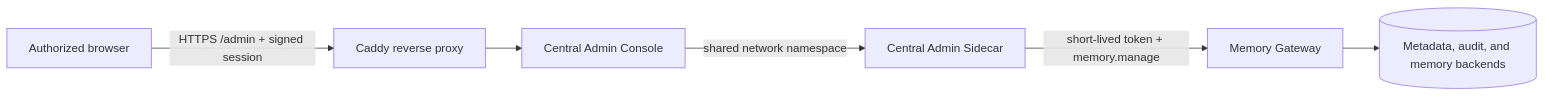
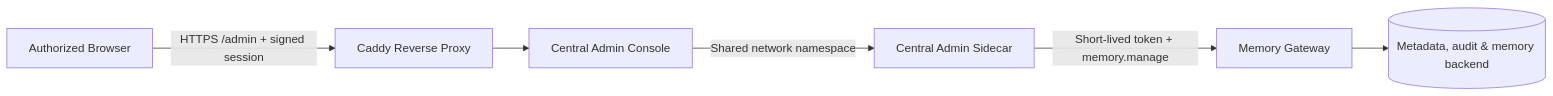
The diagram in docs/en/central-admin.md (Buildlee/agent-memory-gateway), drawn with Mermaid before and after one commit. The commit also changed other lines of this file and 1 other file, not shown here.

````diff
--- a/docs/en/central-admin.md
+++ b/docs/en/central-admin.md
@@ -5,8 +5,8 @@
 ```mermaid
 flowchart LR
-  B["Authorized browser"] -->|"HTTPS /admin + signed session"| P["Caddy reverse proxy"]
+  B["Authorized Browser"] -->|"HTTPS /admin + signed session"| P["Caddy Reverse Proxy"]
   P --> C["Central Admin Console"]
-  C -->|"shared network namespace"| S["Central Admin Sidecar"]
-  S -->|"short-lived token + memory.manage"| G["Memory Gateway"]
-  G --> M[("Metadata, audit, and memory backends")]
+  C -->|"Shared network namespace"| S["Central Admin Sidecar"]
+  S -->|"Short-lived token + memory.manage"| G["Memory Gateway"]
+  G --> M[("Metadata, audit & memory backend")]
 ```
````
